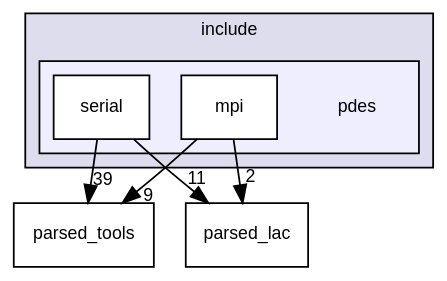
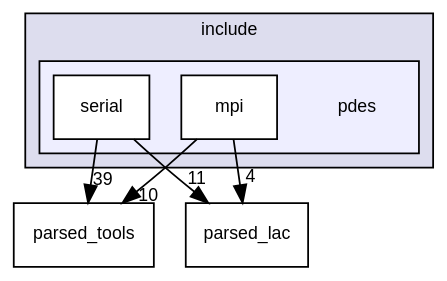
Before and after one commit to luca-heltai/fsi-suite: the diagram in dir_60faf9a10d52b04582224b9116454383_dep.dot, drawn with Graphviz. The commit also changed 742 other files, not shown here.

```diff
--- a/dir_60faf9a10d52b04582224b9116454383_dep.dot
+++ b/dir_60faf9a10d52b04582224b9116454383_dep.dot
@@ -1,21 +1,21 @@
 digraph "include/pdes" {
   bgcolor=transparent;
   compound=true
   node [ fontsize="10", fontname="Helvetica"];
   edge [ labelfontsize="10", labelfontname="Helvetica"];
   subgraph clusterdir_d44c64559bbebec7f509842c48db8b23 {
     graph [ bgcolor="#ddddee", pencolor="black", label="include" fontname="Helvetica", fontsize="10", URL="dir_d44c64559bbebec7f509842c48db8b23.html"]
   subgraph clusterdir_60faf9a10d52b04582224b9116454383 {
     graph [ bgcolor="#eeeeff", pencolor="black", label="" URL="dir_60faf9a10d52b04582224b9116454383.html"];
     dir_60faf9a10d52b04582224b9116454383 [shape=plaintext label="pdes"];
     dir_7ac85db751091b31b06a51e40fc82221 [shape=box label="mpi" color="black" fillcolor="white" style="filled" URL="dir_7ac85db751091b31b06a51e40fc82221.html"];
     dir_0d1c0d82d2331d1d942d7c7f0084aeb2 [shape=box label="serial" color="black" fillcolor="white" style="filled" URL="dir_0d1c0d82d2331d1d942d7c7f0084aeb2.html"];
   }
   }
   dir_8e8448d9aef603b86753e7cb911804a9 [shape=box label="parsed_tools" URL="dir_8e8448d9aef603b86753e7cb911804a9.html"];
   dir_65593bf93f1e4428cc81baf4bb94349f [shape=box label="parsed_lac" URL="dir_65593bf93f1e4428cc81baf4bb94349f.html"];
-  dir_7ac85db751091b31b06a51e40fc82221->dir_8e8448d9aef603b86753e7cb911804a9 [headlabel="9", labeldistance=1.5 headhref="dir_000006_000004.html"];
-  dir_7ac85db751091b31b06a51e40fc82221->dir_65593bf93f1e4428cc81baf4bb94349f [headlabel="2", labeldistance=1.5 headhref="dir_000006_000003.html"];
+  dir_7ac85db751091b31b06a51e40fc82221->dir_8e8448d9aef603b86753e7cb911804a9 [headlabel="10", labeldistance=1.5 headhref="dir_000006_000004.html"];
+  dir_7ac85db751091b31b06a51e40fc82221->dir_65593bf93f1e4428cc81baf4bb94349f [headlabel="4", labeldistance=1.5 headhref="dir_000006_000003.html"];
   dir_0d1c0d82d2331d1d942d7c7f0084aeb2->dir_8e8448d9aef603b86753e7cb911804a9 [headlabel="39", labeldistance=1.5 headhref="dir_000007_000004.html"];
   dir_0d1c0d82d2331d1d942d7c7f0084aeb2->dir_65593bf93f1e4428cc81baf4bb94349f [headlabel="11", labeldistance=1.5 headhref="dir_000007_000003.html"];
 }
```
